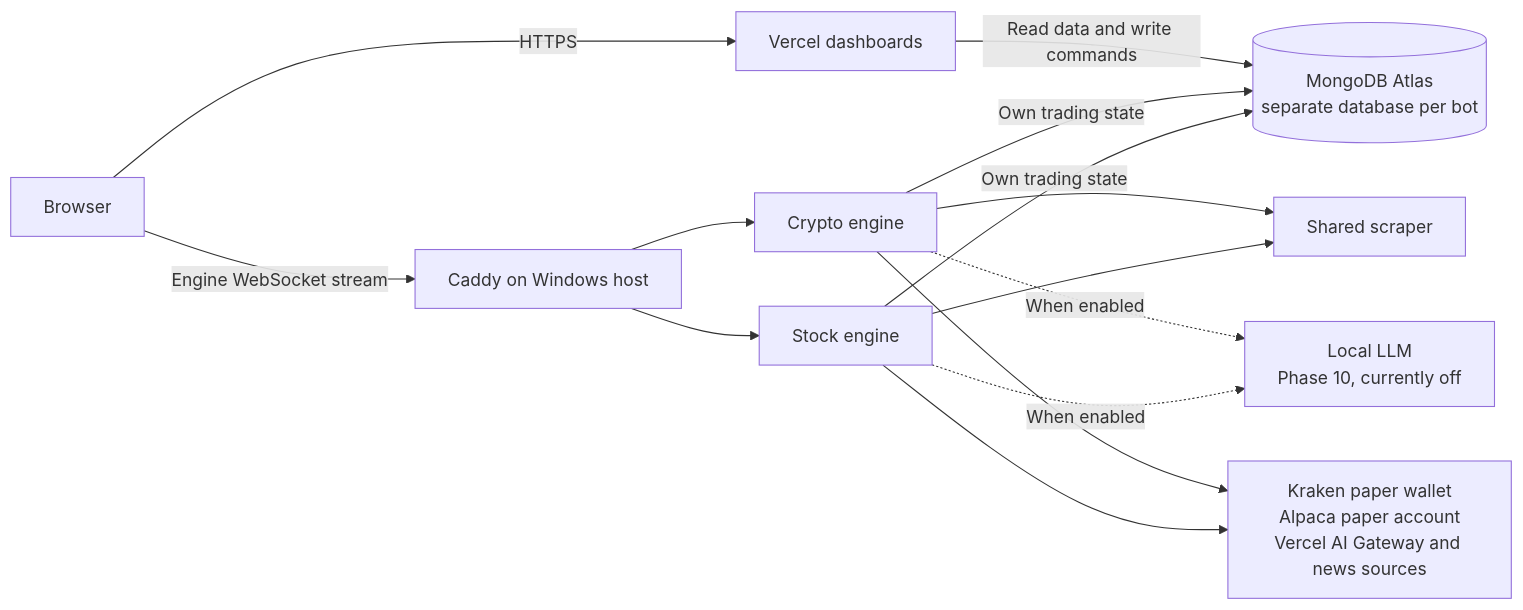
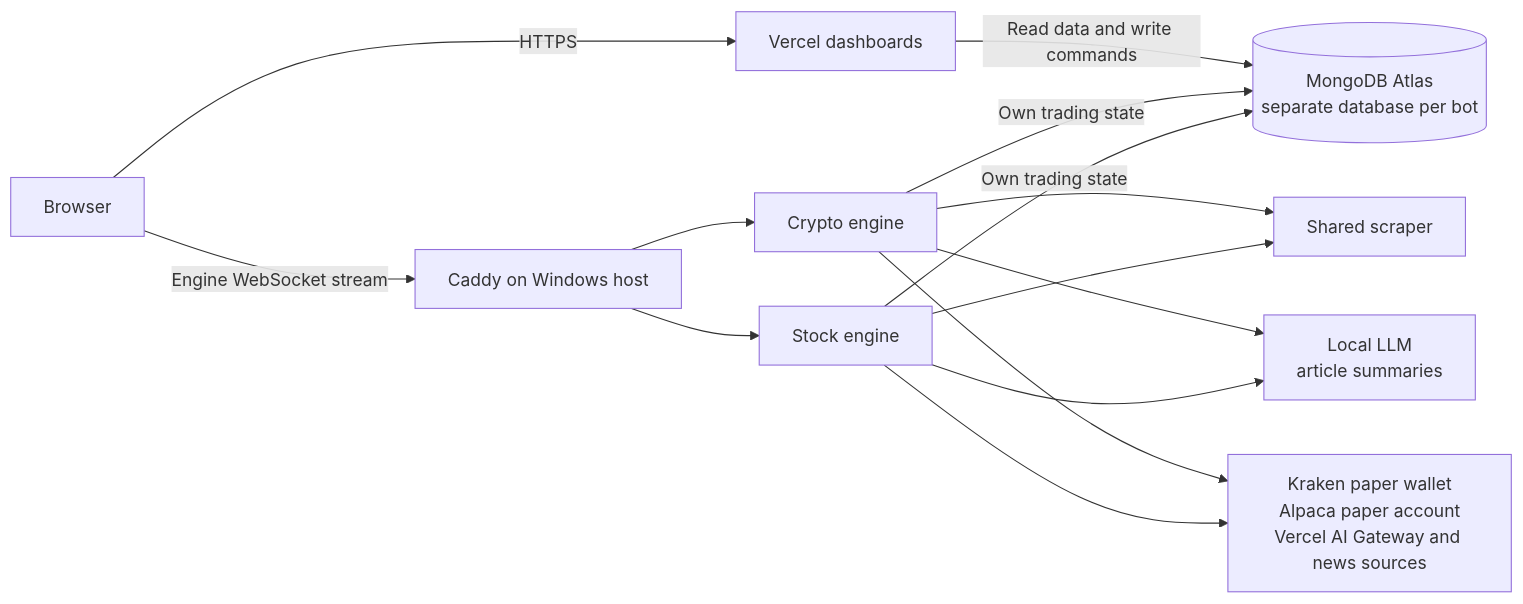
Before and after one commit to colinfran/marketbots: the diagram in README.md, drawn with Mermaid. The commit also changed other lines of this file and 83 other files, not shown here.

````diff
--- a/README.md
+++ b/README.md
@@ -16,26 +16,26 @@
 ```mermaid
 flowchart LR
     browser[Browser]
     dashboards[Vercel dashboards]
     caddy[Caddy on Windows host]
     crypto[Crypto engine]
     stock[Stock engine]
     atlas[(MongoDB Atlas<br/>separate database per bot)]
     scraper[Shared scraper]
-    llm[Local LLM<br/>Phase 10, currently off]
+    llm[Local LLM<br/>article summaries]
     services[Kraken paper wallet<br/>Alpaca paper account<br/>Vercel AI Gateway and news sources]
 
     browser -->|HTTPS| dashboards
     dashboards -->|Read data and write commands| atlas
     browser -->|Engine WebSocket stream| caddy
     caddy --> crypto
     caddy --> stock
     crypto -->|Own trading state| atlas
     stock -->|Own trading state| atlas
     crypto --> scraper
     stock --> scraper
-    crypto -.->|When enabled| llm
-    stock -.->|When enabled| llm
+    crypto --> llm
+    stock --> llm
     crypto --> services
     stock --> services
 ```
````
